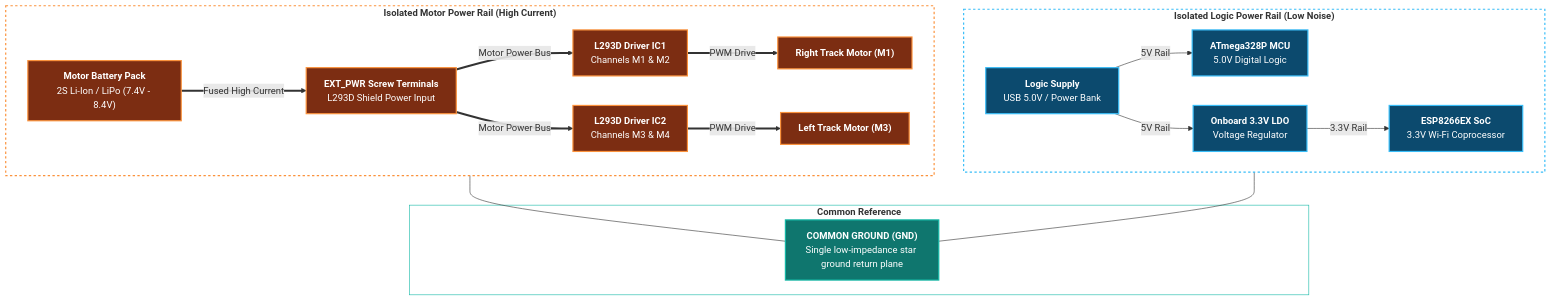
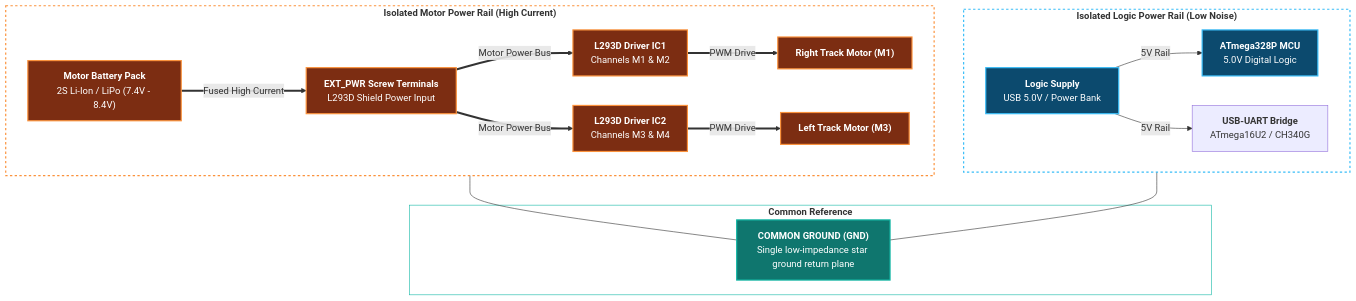
The first of 2 diagrams in hw/power_supply.md (dof2bot/trackedbot), drawn with Mermaid before and after one commit. The commit also changed other lines of this file and 31 other files, not shown here.

````diff
--- a/hw/power_supply.md
+++ b/hw/power_supply.md
@@ -28,47 +28,45 @@
 ```mermaid
 flowchart TD
     subgraph MotorPower ["<b>Isolated Motor Power Rail (High Current)</b>"]
         BAT["<b>Motor Battery Pack</b><br/>2S Li-Ion / LiPo (7.4V - 8.4V)"]
         EXT_PWR["<b>EXT_PWR Screw Terminals</b><br/>L293D Shield Power Input"]
         IC1["<b>L293D Driver IC1</b><br/>Channels M1 & M2"]
         IC2["<b>L293D Driver IC2</b><br/>Channels M3 & M4"]
         MOTOR_R["<b>Right Track Motor (M1)</b>"]
         MOTOR_L["<b>Left Track Motor (M3)</b>"]
 
         BAT ==>|"Fused High Current"| EXT_PWR
         EXT_PWR ==>|"Motor Power Bus"| IC1
         EXT_PWR ==>|"Motor Power Bus"| IC2
         IC1 ==>|"PWM Drive"| MOTOR_R
         IC2 ==>|"PWM Drive"| MOTOR_L
     end
 
     subgraph LogicPower ["<b>Isolated Logic Power Rail (Low Noise)</b>"]
         USB["<b>Logic Supply</b><br/>USB 5.0V / Power Bank"]
         ATMEGA["<b>ATmega328P MCU</b><br/>5.0V Digital Logic"]
-        LDO["<b>Onboard 3.3V LDO</b><br/>Voltage Regulator"]
-        ESP["<b>ESP8266EX SoC</b><br/>3.3V Wi-Fi Coprocessor"]
+        UART_BRG["<b>USB-UART Bridge</b><br/>ATmega16U2 / CH340G"]
 
         USB -->|"5V Rail"| ATMEGA
-        USB -->|"5V Rail"| LDO
-        LDO -->|"3.3V Rail"| ESP
+        USB -->|"5V Rail"| UART_BRG
     end
 
     subgraph GroundReturn ["<b>Common Reference</b>"]
         GND["<b>COMMON GROUND (GND)</b><br/>Single low-impedance star ground return plane"]
     end
 
     MotorPower --- GND
     LogicPower --- GND
 
     classDef motorRail fill:#7c2d12,stroke:#fb923c,stroke-width:2px,color:#ffffff;
     classDef logicRail fill:#0c4a6e,stroke:#38bdf8,stroke-width:2px,color:#ffffff;
     classDef gndStyle fill:#0f766e,stroke:#14b8a6,stroke-width:2px,color:#ffffff;
 
     class BAT,EXT_PWR,IC1,IC2,MOTOR_R,MOTOR_L motorRail;
     class USB,ATMEGA,LDO,ESP logicRail;
     class GND gndStyle;
 
     style MotorPower fill:none,stroke:#fb923c,stroke-width:2px,stroke-dasharray: 4 4
     style LogicPower fill:none,stroke:#38bdf8,stroke-width:2px,stroke-dasharray: 4 4
     style GroundReturn fill:none,stroke:#14b8a6,stroke-width:1px
 ```
````
